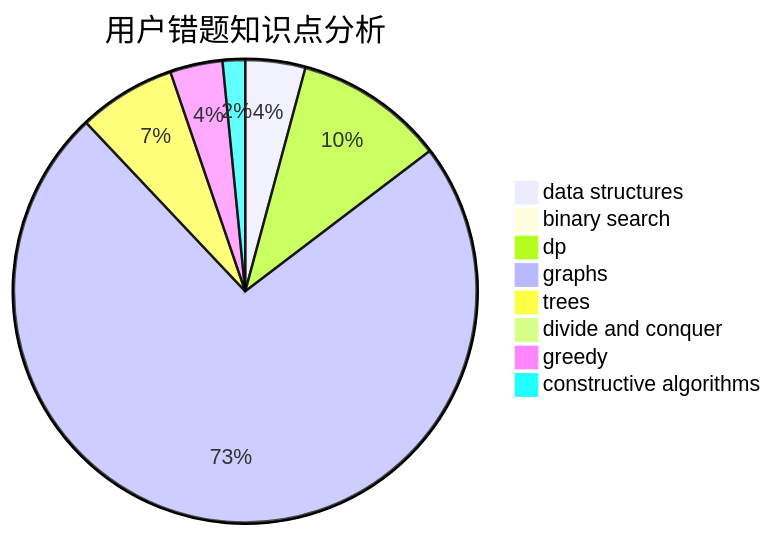
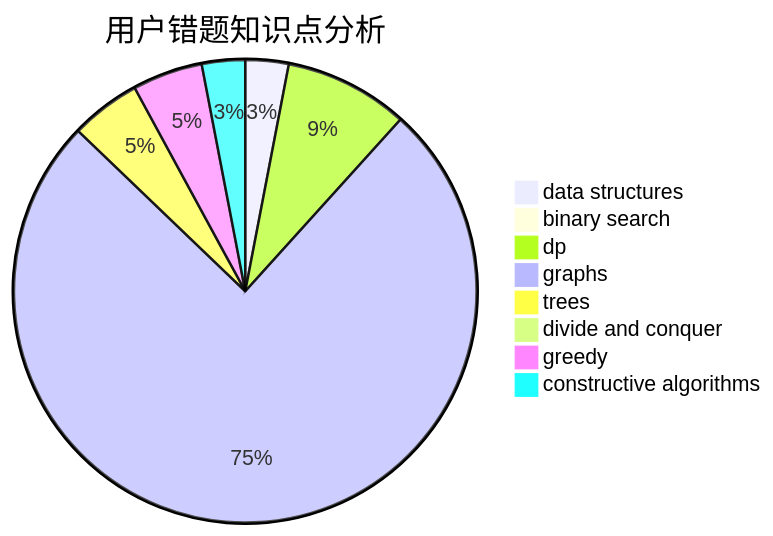
Before and after one commit to sherpahu/cfrs.github.io: the third of 3 diagrams in docs/user/u1004.md, drawn with Mermaid. The commit also changed other lines of this file and 2770 other files, not shown here.

````diff
--- a/docs/user/u1004.md
+++ b/docs/user/u1004.md
@@ -36,11 +36,11 @@
 ```mermaid
 pie title 用户错题知识点分析
     "data structures" :  8
-    "binary search" :  1
-    "dp" :  20
-    "graphs" :  140
+    "binary search" :  2
+    "dp" :  23
+    "graphs" :  200
     "trees" :  13
     "divide and conquer" :  0
-    "greedy" :  7
-    "constructive algorithms" :  3
+    "greedy" :  13
+    "constructive algorithms" :  8
 ```
````
